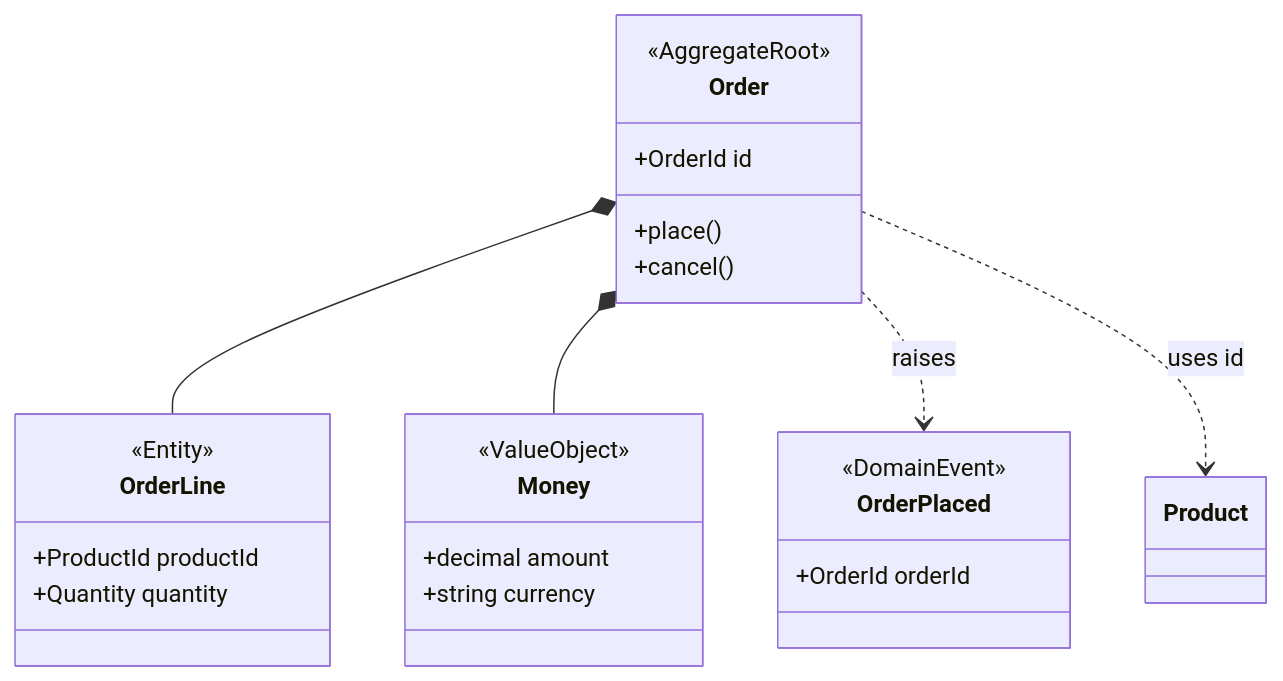
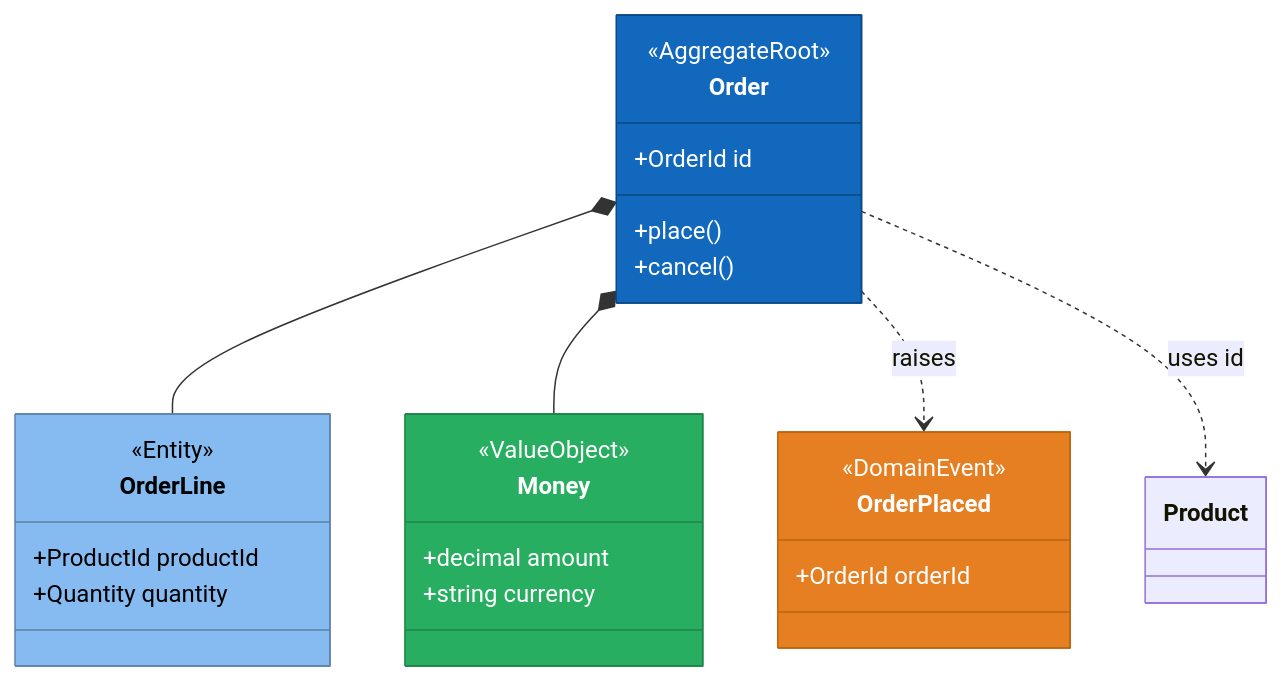
One commit to JSdotNet/Copilot changed the first of 5 diagrams in plugins/domain-design/instructions/diagrams/ddd-diagram-instructions.md. Above: the diagram before and after it, drawn with Mermaid. The commit also changed other lines of this file and 12 other files, not shown here.

````diff
--- a/plugins/domain-design/instructions/diagrams/ddd-diagram-instructions.md
+++ b/plugins/domain-design/instructions/diagrams/ddd-diagram-instructions.md
@@ -43,27 +55,32 @@
 ```mermaid
 classDiagram
     class Order {
         <<AggregateRoot>>
         +OrderId id
         +place()
         +cancel()
     }
     class OrderLine {
         <<Entity>>
         +ProductId productId
         +Quantity quantity
     }
     class Money {
         <<ValueObject>>
         +decimal amount
         +string currency
     }
     class OrderPlaced {
         <<DomainEvent>>
         +OrderId orderId
     }
     Order *-- OrderLine
     Order *-- Money
     Order ..> OrderPlaced : raises
     Order ..> Product : uses id
+
+    style Order fill:#1168BD,stroke:#0B4884,color:#FFFFFF
+    style OrderLine fill:#85BBF0,stroke:#5D82A8,color:#000000
+    style Money fill:#27AE60,stroke:#1E8449,color:#FFFFFF
+    style OrderPlaced fill:#E67E22,stroke:#B9670F,color:#FFFFFF
 ```
````
